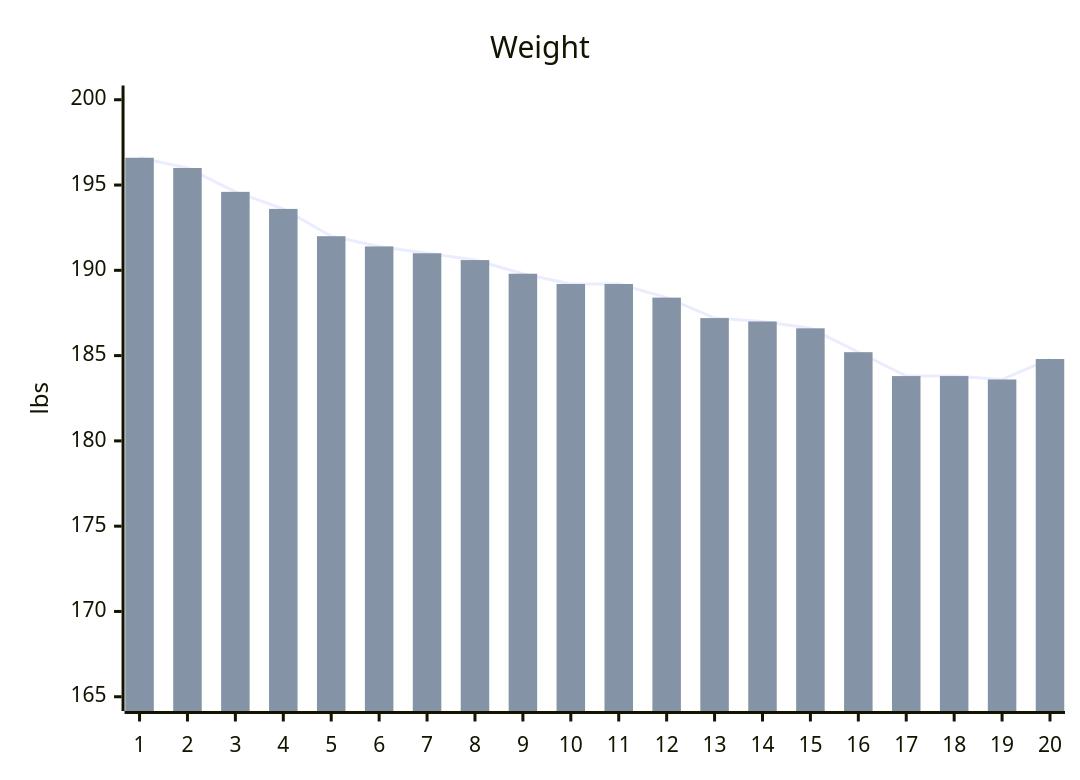
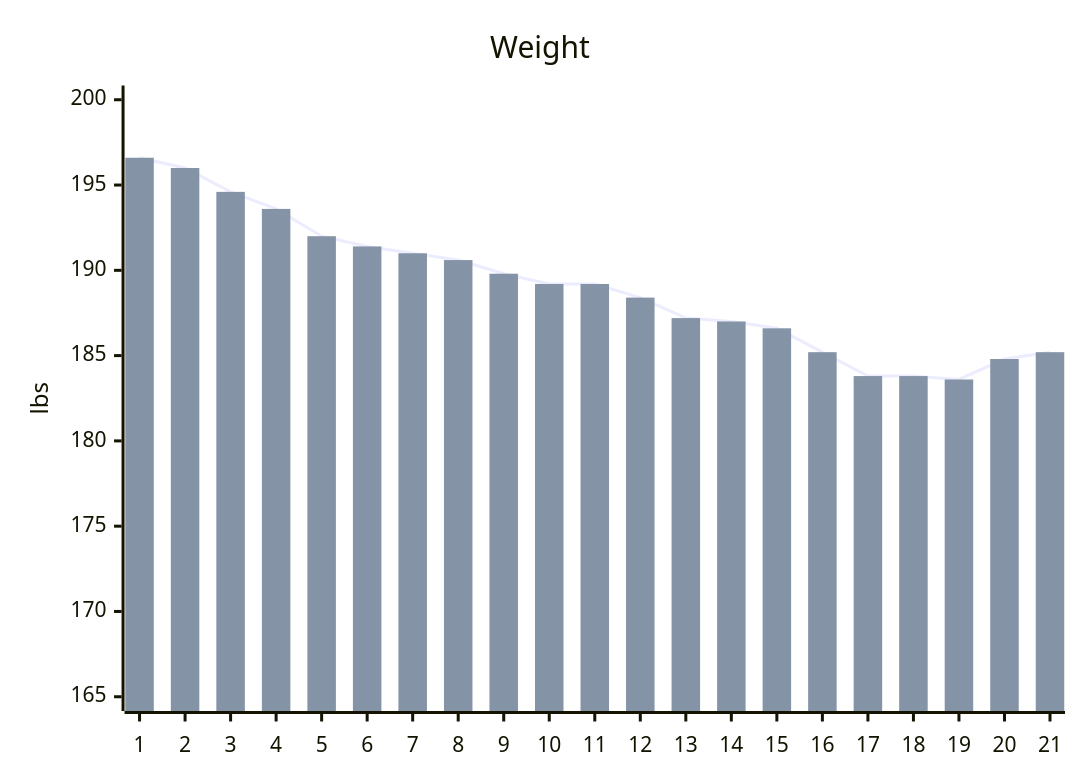
One commit to stevenelson35/stevenelson35.github.io changed the diagram in all_collections/_personal/goals.md. Above: the diagram before and after it, drawn with Mermaid. The commit also changed other lines of this file, not shown here.

```diff
--- a/all_collections/_personal/goals.md
+++ b/all_collections/_personal/goals.md
@@ -11,8 +11,8 @@
 <pre class="mermaid" >
   xychart-beta
     title "Weight" 
-    x-axis [1, 2, 3, 4, 5, 6, 7, 8, 9, 10, 11, 12, 13, 14, 15, 16, 17, 18, 19, 20] 
+    x-axis [1, 2, 3, 4, 5, 6, 7, 8, 9, 10, 11, 12, 13, 14, 15, 16, 17, 18, 19, 20, 21] 
     y-axis "lbs" 165 --> 200
-    line [196.6, 196.0, 194.6, 193.6, 192.0, 191.4, 191.0, 190.6, 189.8, 189.2, 189.2, 188.4, 187.2, 187.0, 186.6, 185.2, 183.8, 183.8, 183.6, 184.8]
-    bar [196.6, 196.0, 194.6, 193.6, 192.0, 191.4, 191.0, 190.6, 189.8, 189.2, 189.2, 188.4, 187.2, 187.0, 186.6, 185.2, 183.8, 183.8, 183.6, 184.8]
+    line [196.6, 196.0, 194.6, 193.6, 192.0, 191.4, 191.0, 190.6, 189.8, 189.2, 189.2, 188.4, 187.2, 187.0, 186.6, 185.2, 183.8, 183.8, 183.6, 184.8, 185.2]
+    bar [196.6, 196.0, 194.6, 193.6, 192.0, 191.4, 191.0, 190.6, 189.8, 189.2, 189.2, 188.4, 187.2, 187.0, 186.6, 185.2, 183.8, 183.8, 183.6, 184.8, 185.2]
 </pre>
```
